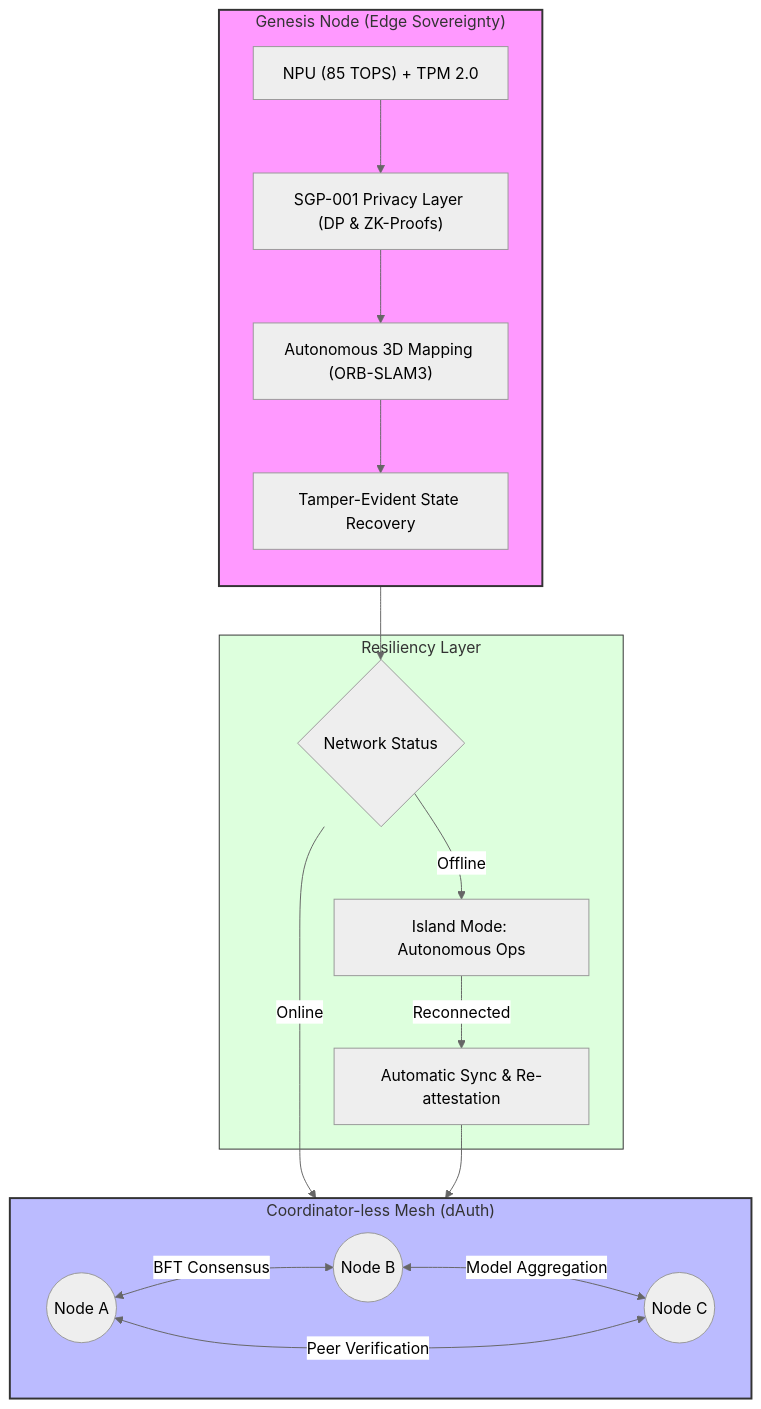
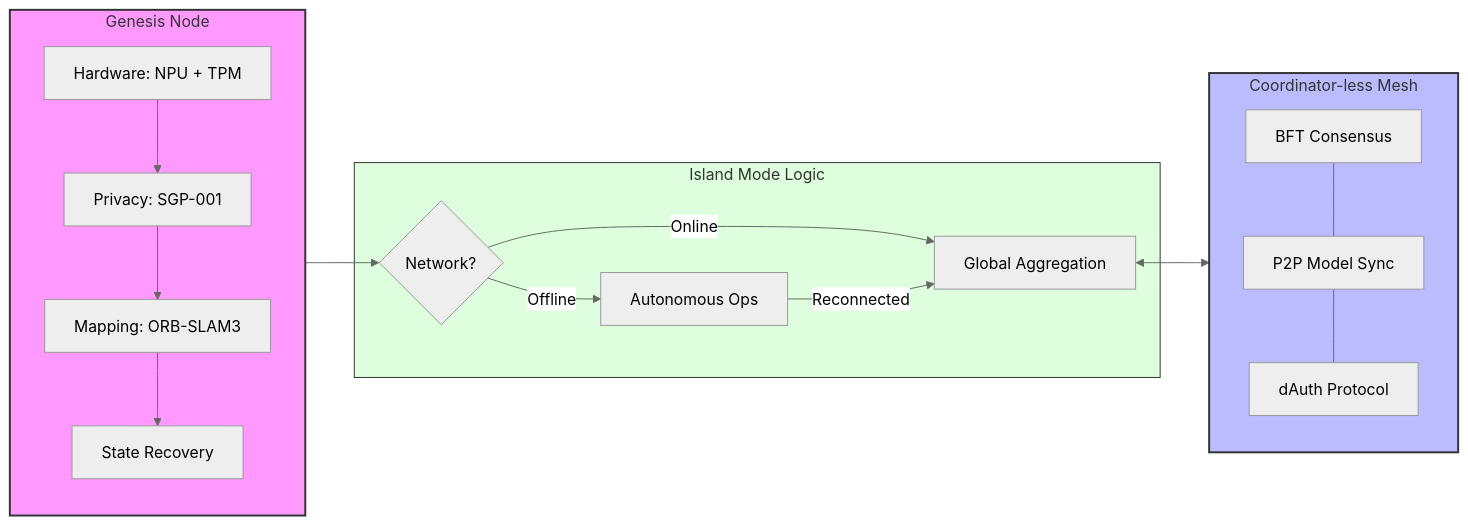
Before and after one commit to rwilliamspbg-ops/Sovereign_Map_Federated_Learning: the diagram in README.md, drawn with Mermaid (neutral theme).

````diff
--- a/README.md
+++ b/README.md
@@ -44,41 +44,37 @@
 ```mermaid
-graph TB
-    subgraph Edge_Sovereignty ["Genesis Node (Edge Sovereignty)"]
+graph LR
+    subgraph Node ["Genesis Node"]
         direction TB
-        Hardware["NPU (85 TOPS) + TPM 2.0"]
-        SGP["SGP-001 Privacy Layer (DP & ZK-Proofs)"]
-        SLAM["Autonomous 3D Mapping (ORB-SLAM3)"]
-        LocalState["Tamper-Evident State Recovery"]
+        HW["Hardware: NPU + TPM"]
+        SGP["Privacy: SGP-001"]
+        SLAM["Mapping: ORB-SLAM3"]
+        State["State Recovery"]
         
-        Hardware --> SGP
-        SGP --> SLAM
-        SLAM --> LocalState
+        HW --> SGP --> SLAM --> State
     end
 
-    subgraph P2P_Mesh ["Coordinator-less Mesh (dAuth)"]
-        direction LR
-        NodeA((Node A))
-        NodeB((Node B))
-        NodeC((Node C))
+    subgraph Mesh ["Coordinator-less Mesh"]
+        direction TB
+        Consensus["BFT Consensus"]
+        Sync["P2P Model Sync"]
+        Auth["dAuth Protocol"]
         
-        NodeA <-->|BFT Consensus| NodeB
-        NodeB <-->|Model Aggregation| NodeC
-        NodeC <-->|Peer Verification| NodeA
+        Consensus --- Sync --- Auth
     end
 
-    subgraph Island_Mode ["Resiliency Layer"]
-        Disconnect{Network Status}
-        Offline[Island Mode: Autonomous Ops]
-        Sync[Automatic Sync & Re-attestation]
+    subgraph Logic ["Island Mode Logic"]
+        Status{Network?}
+        Offline[Autonomous Ops]
+        Online[Global Aggregation]
     end
 
-    LocalState --> Disconnect
-    Disconnect -->|Offline| Offline
-    Disconnect -->|Online| P2P_Mesh
-    Offline -->|Reconnected| Sync
-    Sync --> P2P_Mesh
+    State --> Status
+    Status -->|Offline| Offline
+    Status -->|Online| Online
+    Online <--> Mesh
+    Offline -->|Reconnected| Online
 
-    style Edge_Sovereignty fill:#f9f,stroke:#333,stroke-width:2px
-    style P2P_Mesh fill:#bbf,stroke:#333,stroke-width:2px
-    style Island_Mode fill:#dfd,stroke:#333,stroke-style:dashed
+    style Node fill:#f9f,stroke:#333,stroke-width:2px
+    style Mesh fill:#bbf,stroke:#333,stroke-width:2px
+    style Logic fill:#dfd,stroke:#333,stroke-style:dashed
 ```
````
